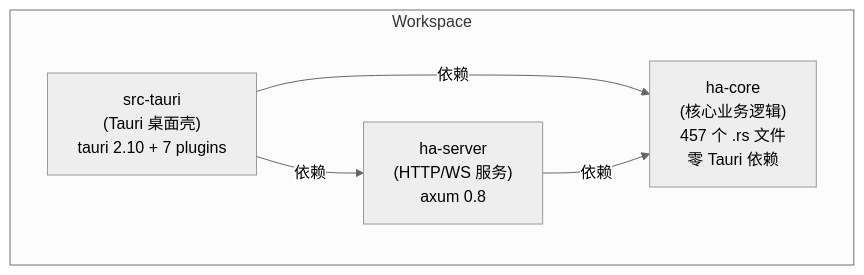
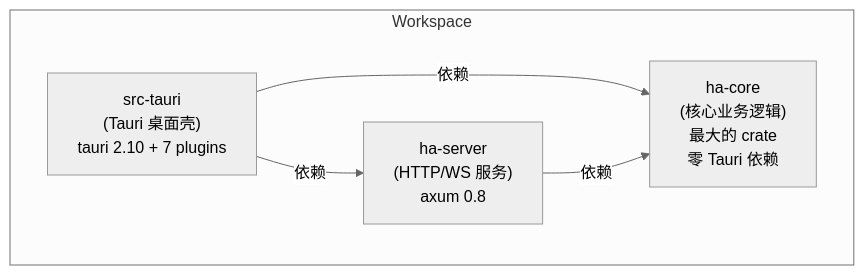
The first of 6 diagrams in docs/architecture/backend-separation.md (zhukai9527/hope-agent), drawn with Mermaid (neutral theme) before and after one commit. The commit also changed other lines of this file, not shown here.

````diff
--- a/docs/architecture/backend-separation.md
+++ b/docs/architecture/backend-separation.md
@@ -15,13 +15,13 @@
 ```mermaid
 graph TD
     subgraph Workspace
         HA_TAURI["src-tauri<br/>(Tauri 桌面壳)<br/>tauri 2.10 + 7 plugins"]
         HA_SERVER["ha-server<br/>(HTTP/WS 服务)<br/>axum 0.8"]
-        HA_CORE["ha-core<br/>(核心业务逻辑)<br/>457 个 .rs 文件<br/>零 Tauri 依赖"]
+        HA_CORE["ha-core<br/>(核心业务逻辑)<br/>最大的 crate<br/>零 Tauri 依赖"]
     end
 
     HA_TAURI -->|"依赖"| HA_SERVER
     HA_TAURI -->|"依赖"| HA_CORE
     HA_SERVER -->|"依赖"| HA_CORE
 
 ```
````
